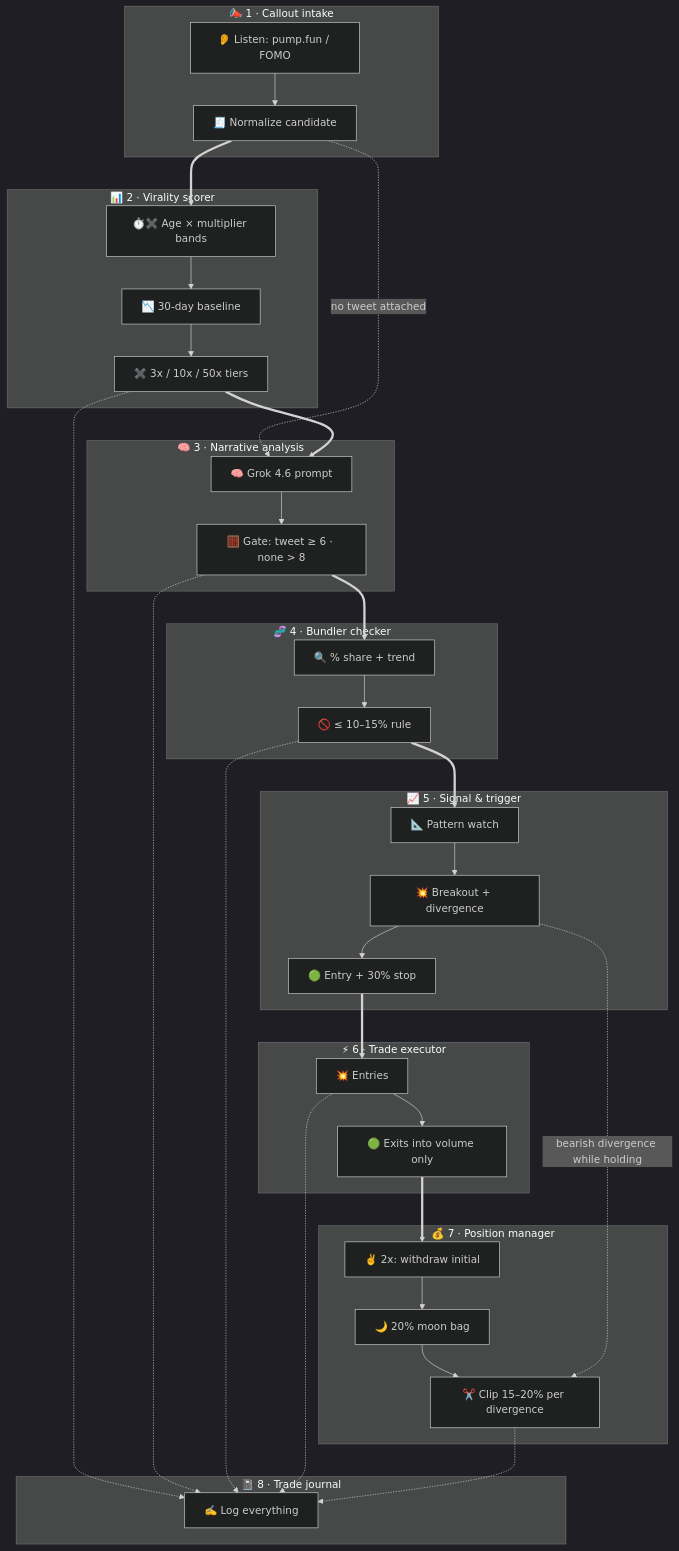
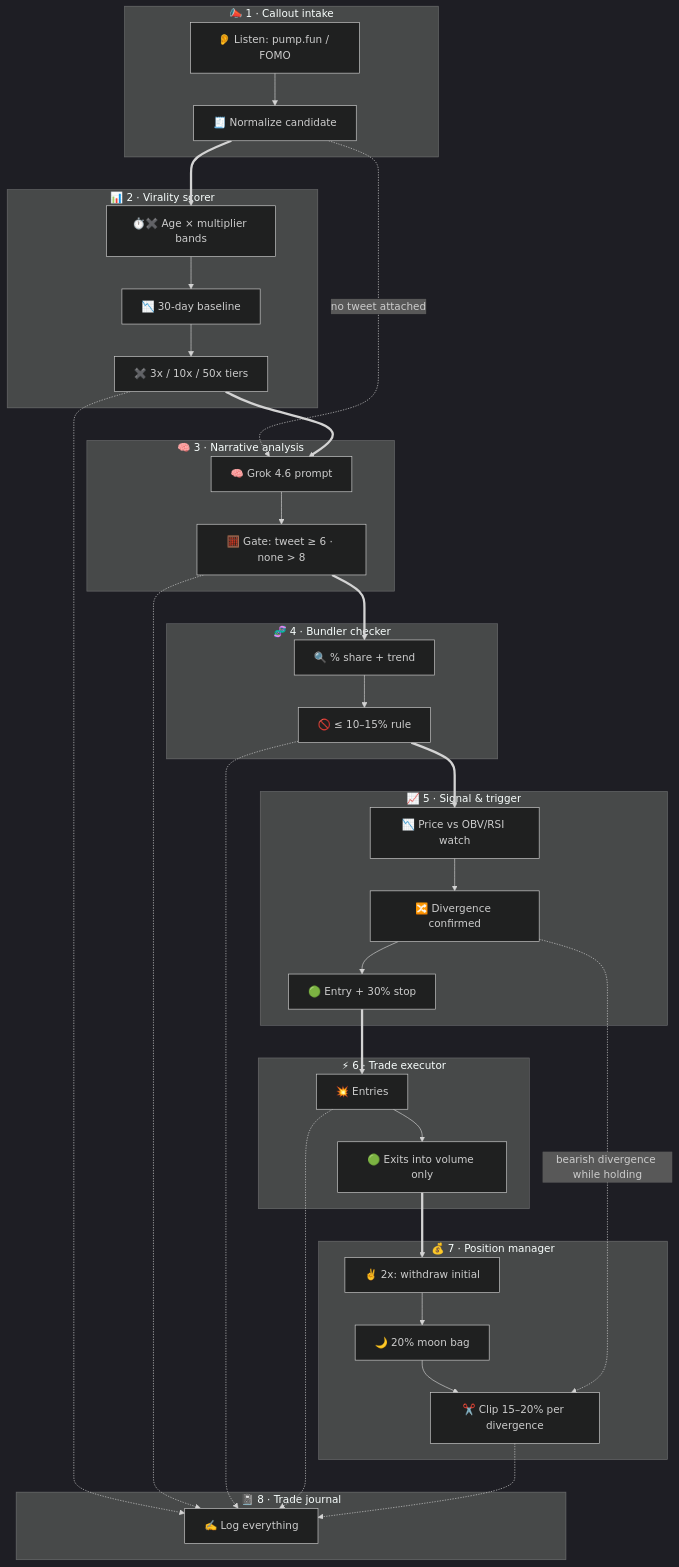
One commit to TR3-AI/idea-slicer changed the second of 2 diagrams in maps/memecoin-virality-trader.md. Above: the diagram before and after it, drawn with Mermaid (dark theme). The commit also changed other lines of this file, not shown here.

Commit message:
Memecoin: divergence-only entry; patterns parked for testing [#]

````diff
--- a/maps/memecoin-virality-trader.md
+++ b/maps/memecoin-virality-trader.md
@@ -293,40 +294,40 @@
 ```mermaid
 flowchart TD
   subgraph INTAKE["📣 1 · Callout intake"]
     I1["👂 Listen: pump.fun / FOMO"] --> I2["🧾 Normalize candidate"]
   end
   subgraph SCORE["📊 2 · Virality scorer"]
     V1["⏱️✖️ Age × multiplier bands"] --> V2["📉 30-day baseline"] --> V3["✖️ 3x / 10x / 50x tiers"]
   end
   subgraph GROK["🧠 3 · Narrative analysis"]
     G1["🧠 Grok 4.6 prompt"] --> G2["🧮 Gate: tweet ≥ 6 · none > 8"]
   end
   subgraph BUND["🧬 4 · Bundler checker"]
     B1["🔍 % share + trend"] --> B2["🚫 ≤ 10–15% rule"]
   end
   subgraph SIG["📈 5 · Signal & trigger"]
-    T1["📐 Pattern watch"] --> T2["💥 Breakout + divergence"] --> T3["🟢 Entry + 30% stop"]
+    T1["📉 Price vs OBV/RSI watch"] --> T2["🔀 Divergence confirmed"] --> T3["🟢 Entry + 30% stop"]
   end
   subgraph EXEC["⚡ 6 · Trade executor"]
     X1["💥 Entries"] --> X2["🟢 Exits into volume only"]
   end
   subgraph POS["💰 7 · Position manager"]
     P1["✌️ 2x: withdraw initial"] --> P2["🌙 20% moon bag"] --> P3["✂️ Clip 15–20% per divergence"]
   end
   subgraph LOG["📓 8 · Trade journal"]
     L1["✍️ Log everything"]
   end
   I2 ==> V1
   I2 -.->|"no tweet attached"| G1
   V3 ==> G1
   G2 ==> B1
   B2 ==> T1
   T3 ==> X1
   X2 ==> P1
   T2 -.->|bearish divergence while holding| P3
   V3 -.-> L1
   G2 -.-> L1
   B2 -.-> L1
   X1 -.-> L1
   P3 -.-> L1
 ```
````
